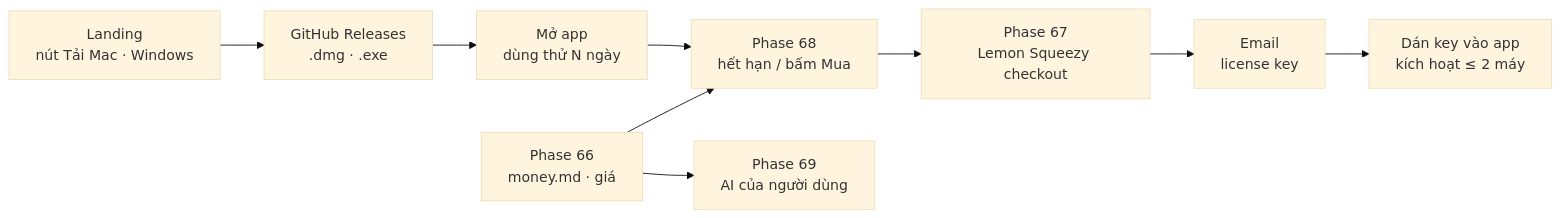
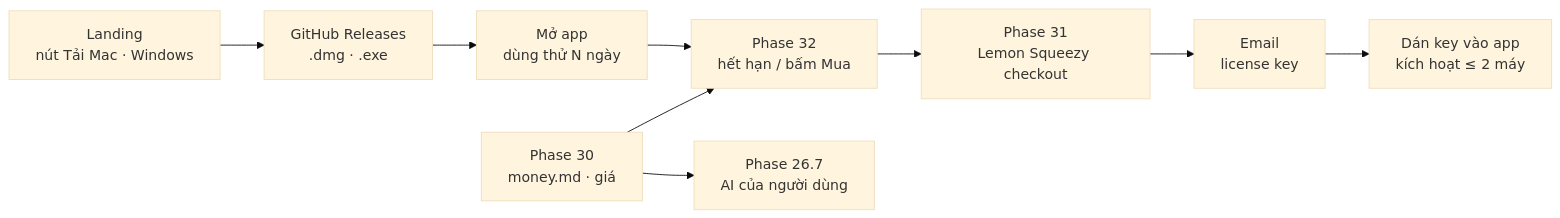
Before and after one commit to nvminhtu/niche-radar-docs: the diagram in docs/web/version-10.md, drawn with Mermaid (base theme). The commit also changed other lines of this file and 474 other files, not shown here.

````diff
--- a/docs/web/version-10.md
+++ b/docs/web/version-10.md
@@ -38,11 +38,11 @@
 ```mermaid
 flowchart LR
   L[Landing<br/>nút Tải Mac · Windows] --> D[GitHub Releases<br/>.dmg · .exe]
   D --> T[Mở app<br/>dùng thử N ngày]
-  T --> PW[Phase 68<br/>hết hạn / bấm Mua]
-  PW --> CO[Phase 67<br/>Lemon Squeezy checkout]
+  T --> PW[Phase 32<br/>hết hạn / bấm Mua]
+  PW --> CO[Phase 31<br/>Lemon Squeezy checkout]
   CO --> K[Email<br/>license key]
   K --> A[Dán key vào app<br/>kích hoạt ≤ 2 máy]
-  M[Phase 66<br/>money.md · giá] --> PW
-  M --> AI[Phase 69<br/>AI của người dùng]
+  M[Phase 30<br/>money.md · giá] --> PW
+  M --> AI[Phase 26.7<br/>AI của người dùng]
 ```
````
